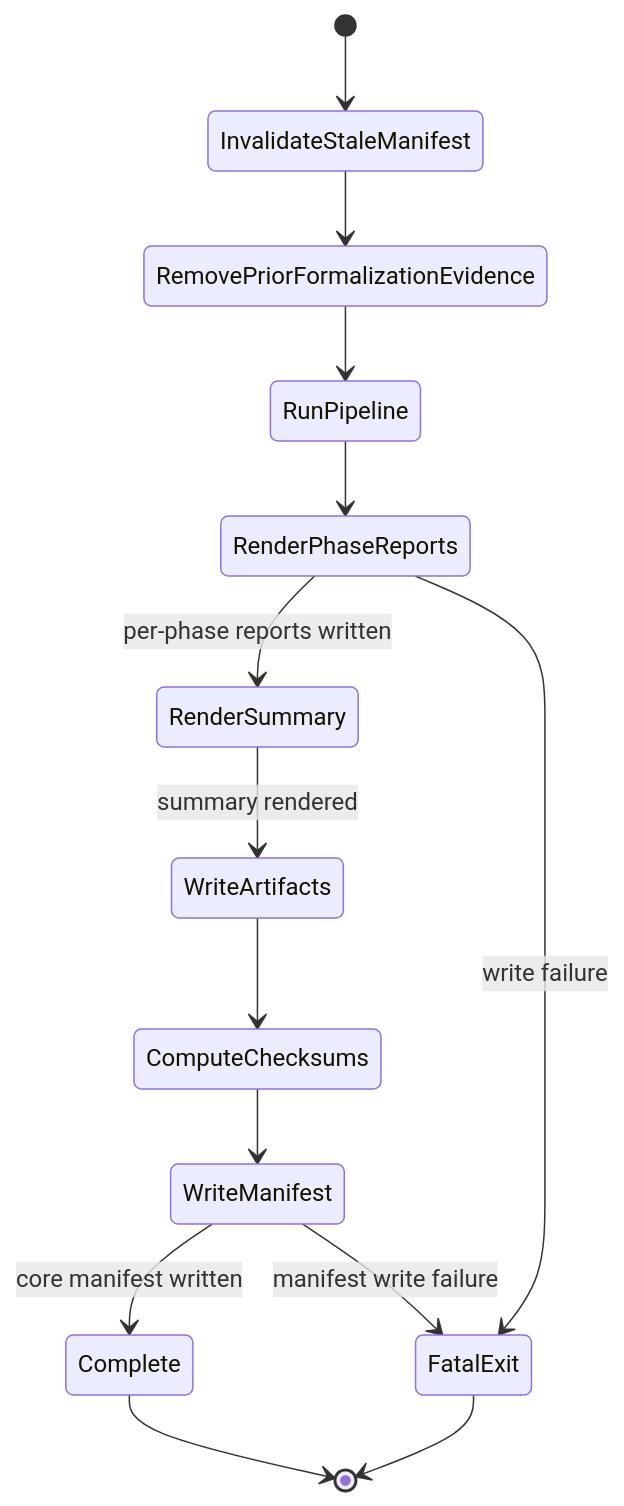
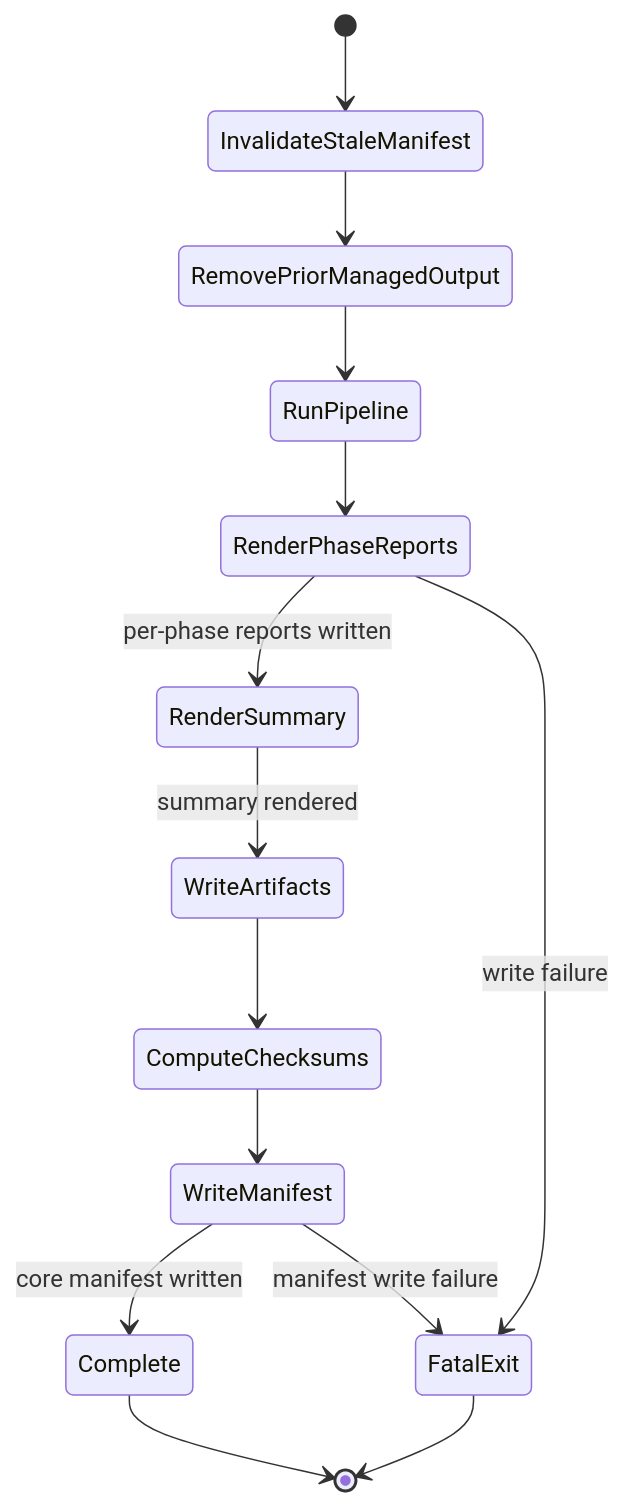
One commit to ohpauleez/spec-check changed the eighth of 13 diagrams in docs/design.md. Above: the diagram before and after it, drawn with Mermaid. The commit also changed other lines of this file and 17 other files, not shown here.

````diff
--- a/docs/design.md
+++ b/docs/design.md
@@ -843,16 +843,16 @@
 ```mermaid
 stateDiagram-v2
     [*] --> InvalidateStaleManifest
-    InvalidateStaleManifest --> RemovePriorFormalizationEvidence
-    RemovePriorFormalizationEvidence --> RunPipeline
+    InvalidateStaleManifest --> RemovePriorManagedOutput
+    RemovePriorManagedOutput --> RunPipeline
     RunPipeline --> RenderPhaseReports
     RenderPhaseReports --> RenderSummary: per-phase reports written
     RenderPhaseReports --> FatalExit: write failure
     RenderSummary --> WriteArtifacts: summary rendered
     WriteArtifacts --> ComputeChecksums
     ComputeChecksums --> WriteManifest
     WriteManifest --> Complete: core manifest written
     WriteManifest --> FatalExit: manifest write failure
     Complete --> [*]
     FatalExit --> [*]
 ```
````
